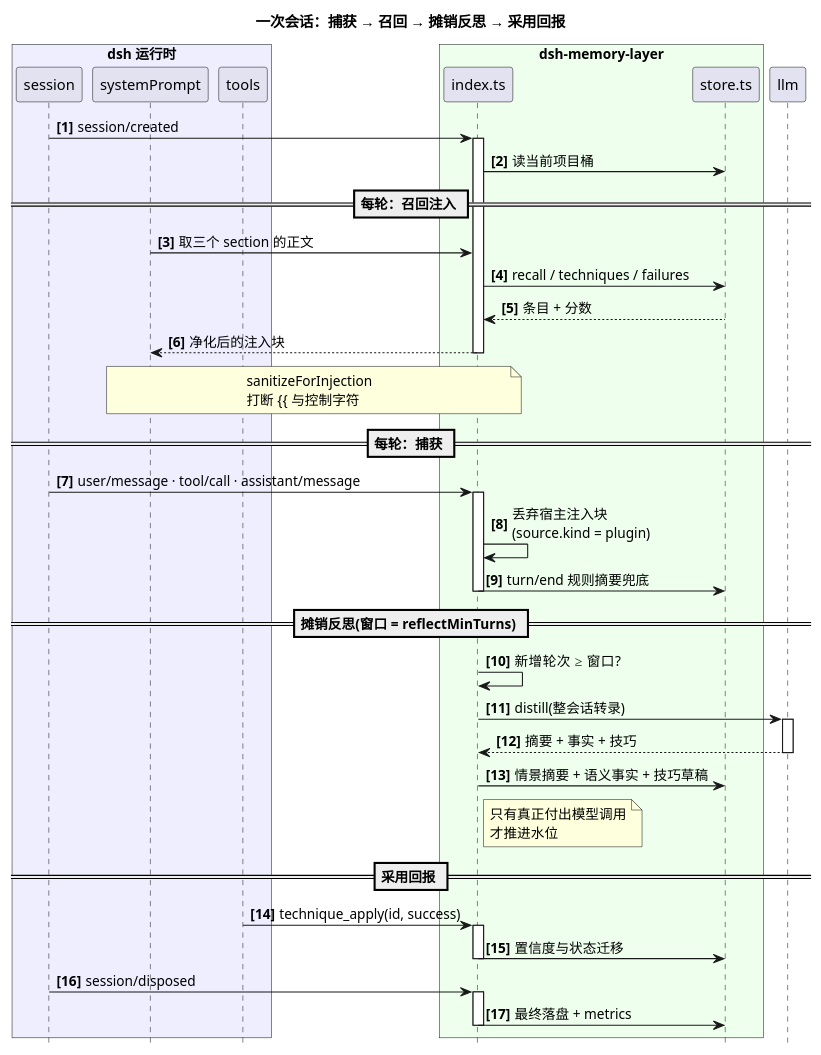
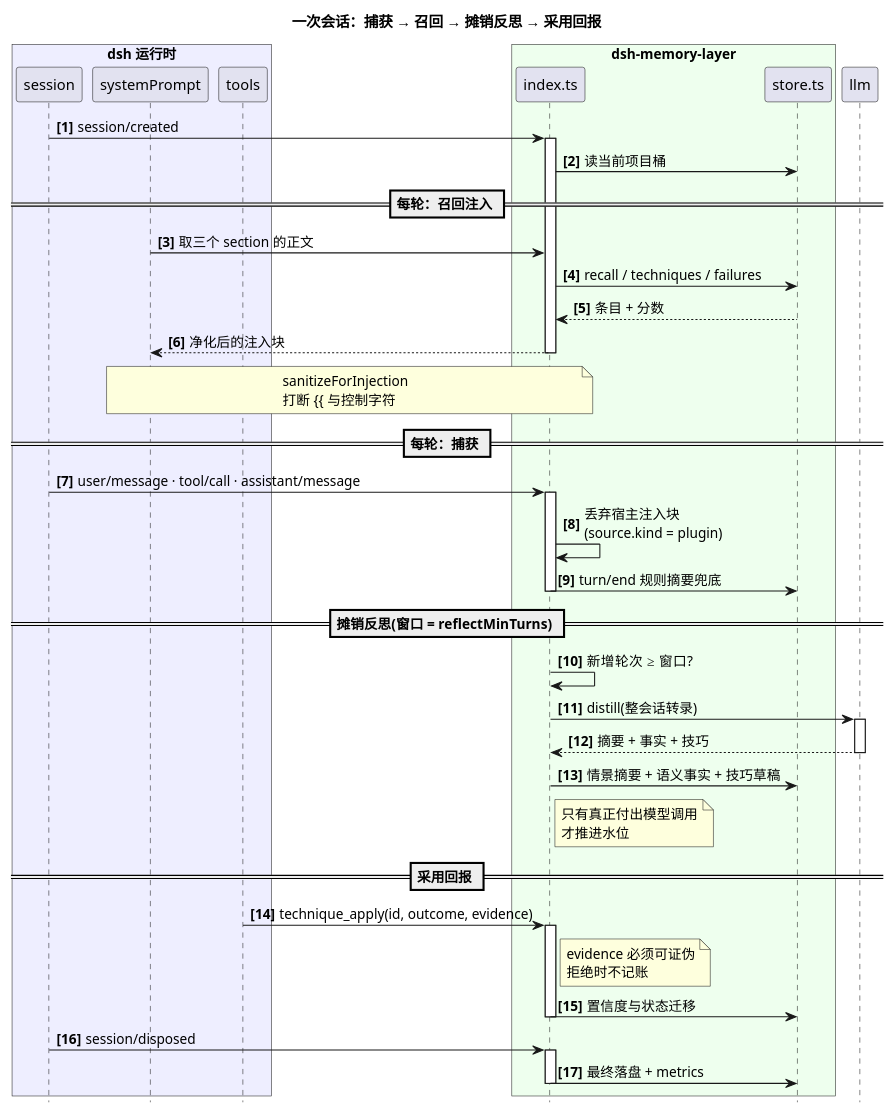
One commit to raitpor/dsh-memory-layer changed the second of 5 diagrams in docs/architecture.puml. Above: the diagram before and after it, drawn with PlantUML. The commit also changed other lines of this file and 14 other files, not shown here.

```diff
--- a/docs/architecture.puml
+++ b/docs/architecture.puml
@@ -78,51 +78,52 @@
 @startuml dsh-memory-layer-session
 title 一次会话：捕获 → 召回 → 摊销反思 → 采用回报
 
 autonumber "<b>[0]"
 hide footbox
 skinparam shadowing false
 
 box "dsh 运行时" #EEEEFF
   participant "session" as S
   participant "systemPrompt" as P
   participant "tools" as T
 end box
 
 box "dsh-memory-layer" #EEFFEE
   participant "index.ts" as M
   participant "store.ts" as D
 end box
 
 participant "llm" as L
 
 S -> M ++ : session/created
 M -> D : 读当前项目桶
 
 == 每轮：召回注入 ==
 P -> M : 取三个 section 的正文
 M -> D : recall / techniques / failures
 D --> M : 条目 + 分数
 M --> P -- : 净化后的注入块
 note over M, P : sanitizeForInjection\n打断 {{ 与控制字符
 
 == 每轮：捕获 ==
 S -> M ++ : user/message · tool/call · assistant/message
 M -> M : 丢弃宿主注入块\n(source.kind = plugin)
 M -> D -- : turn/end 规则摘要兜底
 
 == 摊销反思(窗口 = reflectMinTurns) ==
 M -> M : 新增轮次 ≥ 窗口?
 M -> L ++ : distill(整会话转录)
 L --> M -- : 摘要 + 事实 + 技巧
 M -> D : 情景摘要 + 语义事实 + 技巧草稿
 note right of M : 只有真正付出模型调用\n才推进水位
 
 == 采用回报 ==
-T -> M ++ : technique_apply(id, success)
+T -> M ++ : technique_apply(id, outcome, evidence)
+note right of M : evidence 必须可证伪\n拒绝时不记账
 M -> D -- : 置信度与状态迁移
 
 S -> M ++ : session/disposed
 M -> D -- : 最终落盘 + metrics
 M --
 
 @enduml
```
